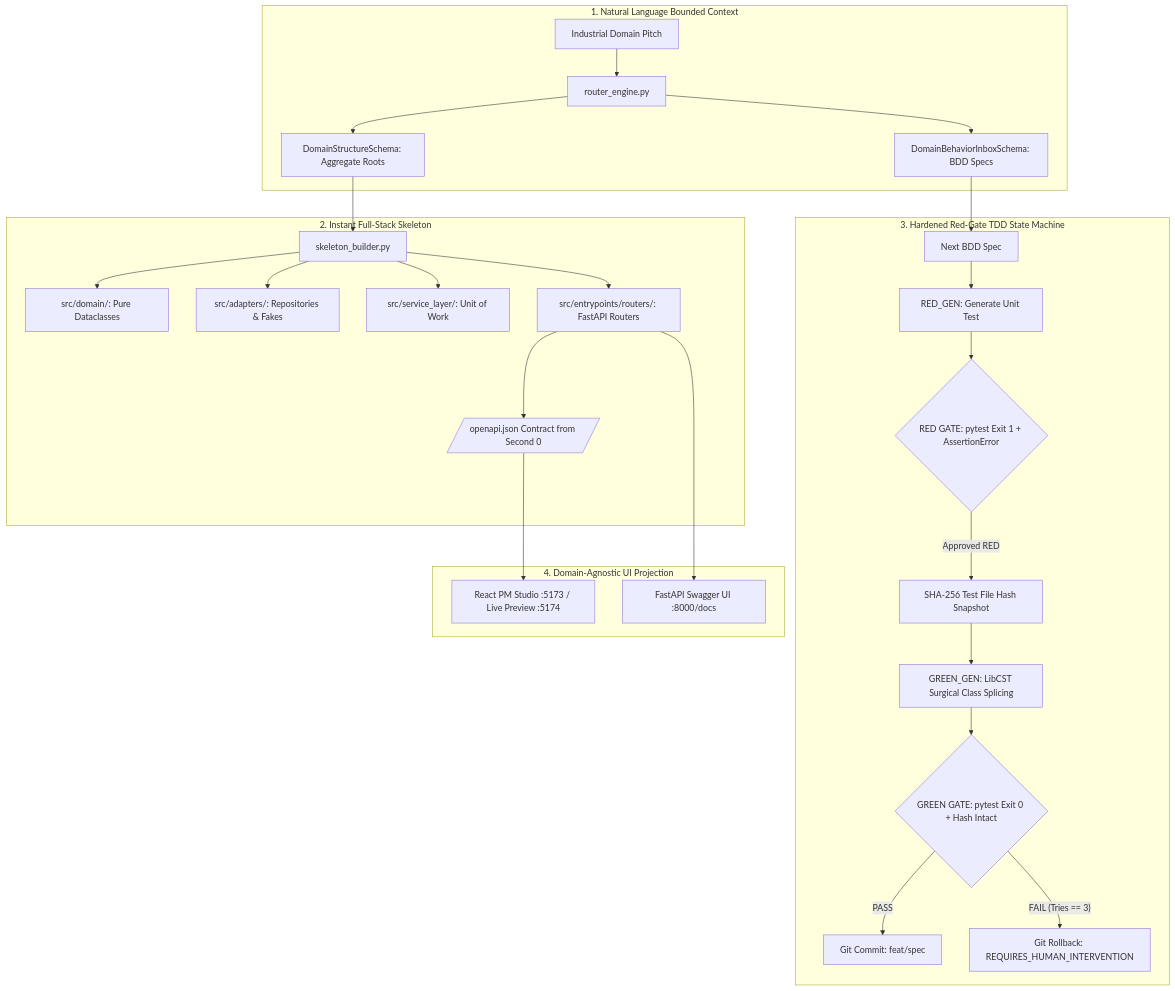
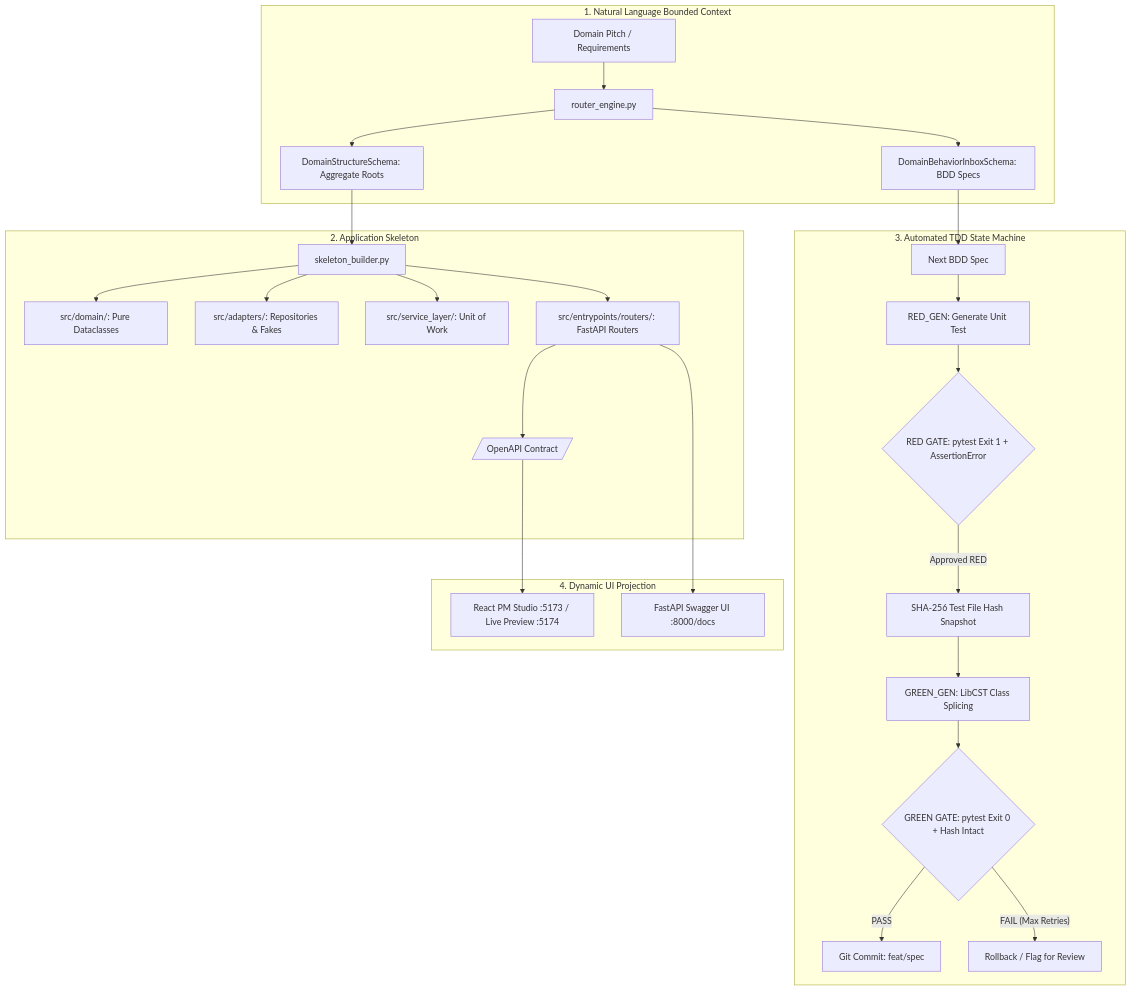
One commit to AlbinAhlstrom/provable changed the diagram in README.md. Above: the diagram before and after it, drawn with Mermaid. The commit also changed other lines of this file, not shown here.

Commit message:
docs: refine README with project overview and architecture highlights

````diff
--- a/README.md
+++ b/README.md
@@ -48,33 +57,33 @@
 ```mermaid
 graph TD
     subgraph Intake [1. Natural Language Bounded Context]
-        Pitch[Industrial Domain Pitch] --> Router[router_engine.py]
+        Pitch[Domain Pitch / Requirements] --> Router[router_engine.py]
         Router --> Struct[DomainStructureSchema: Aggregate Roots]
         Router --> Inbox[DomainBehaviorInboxSchema: BDD Specs]
     end
 
-    subgraph Skeleton [2. Instant Full-Stack Skeleton]
+    subgraph Skeleton [2. Application Skeleton]
         Struct --> SkeletonBuilder[skeleton_builder.py]
         SkeletonBuilder --> Domain[src/domain/: Pure Dataclasses]
         SkeletonBuilder --> Adapters[src/adapters/: Repositories & Fakes]
         SkeletonBuilder --> UoW[src/service_layer/: Unit of Work]
         SkeletonBuilder --> Routers[src/entrypoints/routers/: FastAPI Routers]
-        Routers --> OpenAPI[/openapi.json Contract from Second 0/]
+        Routers --> OpenAPI[/OpenAPI Contract/]
     end
 
-    subgraph TDD [3. Hardened Red-Gate TDD State Machine]
+    subgraph TDD [3. Automated TDD State Machine]
         Inbox --> PopSpec[Next BDD Spec]
         PopSpec --> RedGen[RED_GEN: Generate Unit Test]
         RedGen --> RedGate{RED GATE: pytest Exit 1 + AssertionError}
         RedGate -- Approved RED --> HashLock[SHA-256 Test File Hash Snapshot]
-        HashLock --> GreenGen[GREEN_GEN: LibCST Surgical Class Splicing]
+        HashLock --> GreenGen[GREEN_GEN: LibCST Class Splicing]
         GreenGen --> GreenGate{GREEN GATE: pytest Exit 0 + Hash Intact}
         GreenGate -- PASS --> Commit[Git Commit: feat/spec]
-        GreenGate -- FAIL (Tries == 3) --> DeadEnd[Git Rollback: REQUIRES_HUMAN_INTERVENTION]
+        GreenGate -- FAIL (Max Retries) --> DeadEnd[Rollback / Flag for Review]
     end
 
-    subgraph Presentation [4. Domain-Agnostic UI Projection]
+    subgraph Presentation [4. Dynamic UI Projection]
         OpenAPI --> UI[React PM Studio :5173 / Live Preview :5174]
         Routers --> Swagger[FastAPI Swagger UI :8000/docs]
     end
 ```
````
